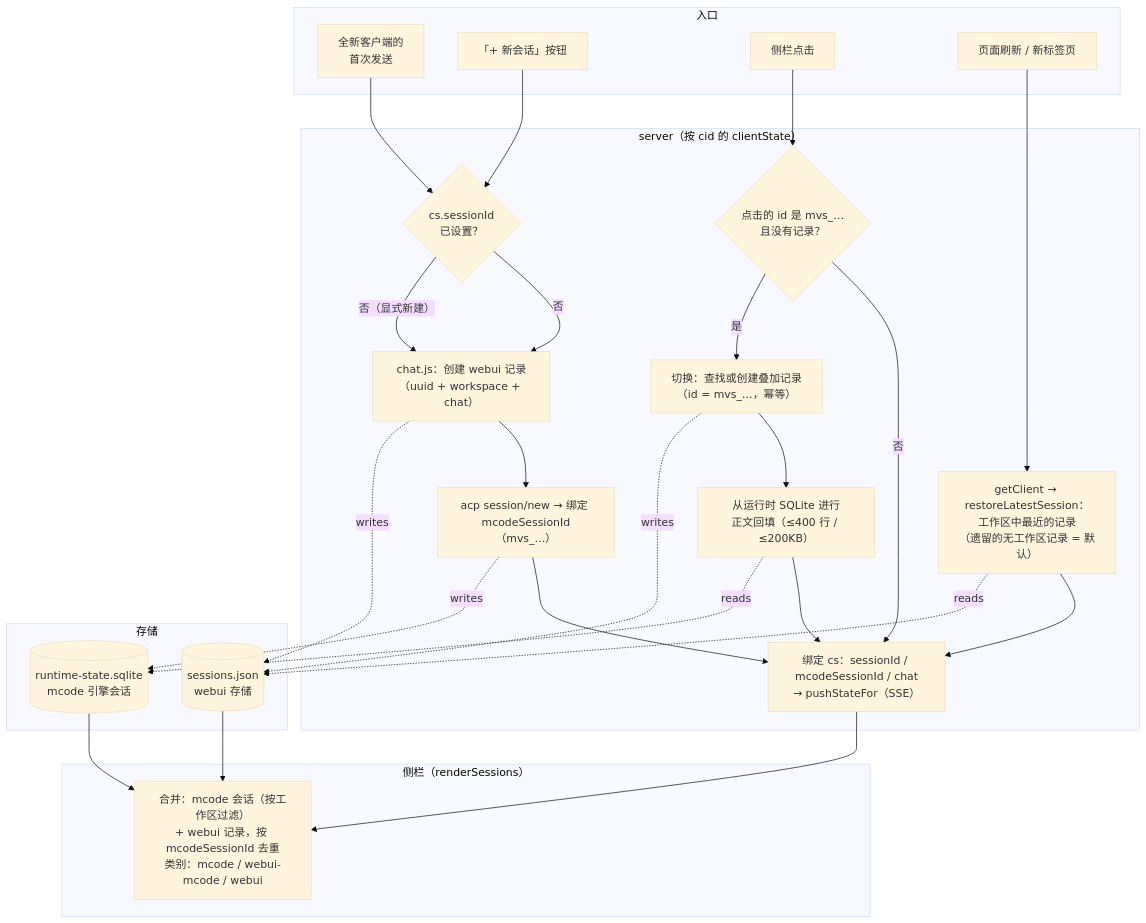
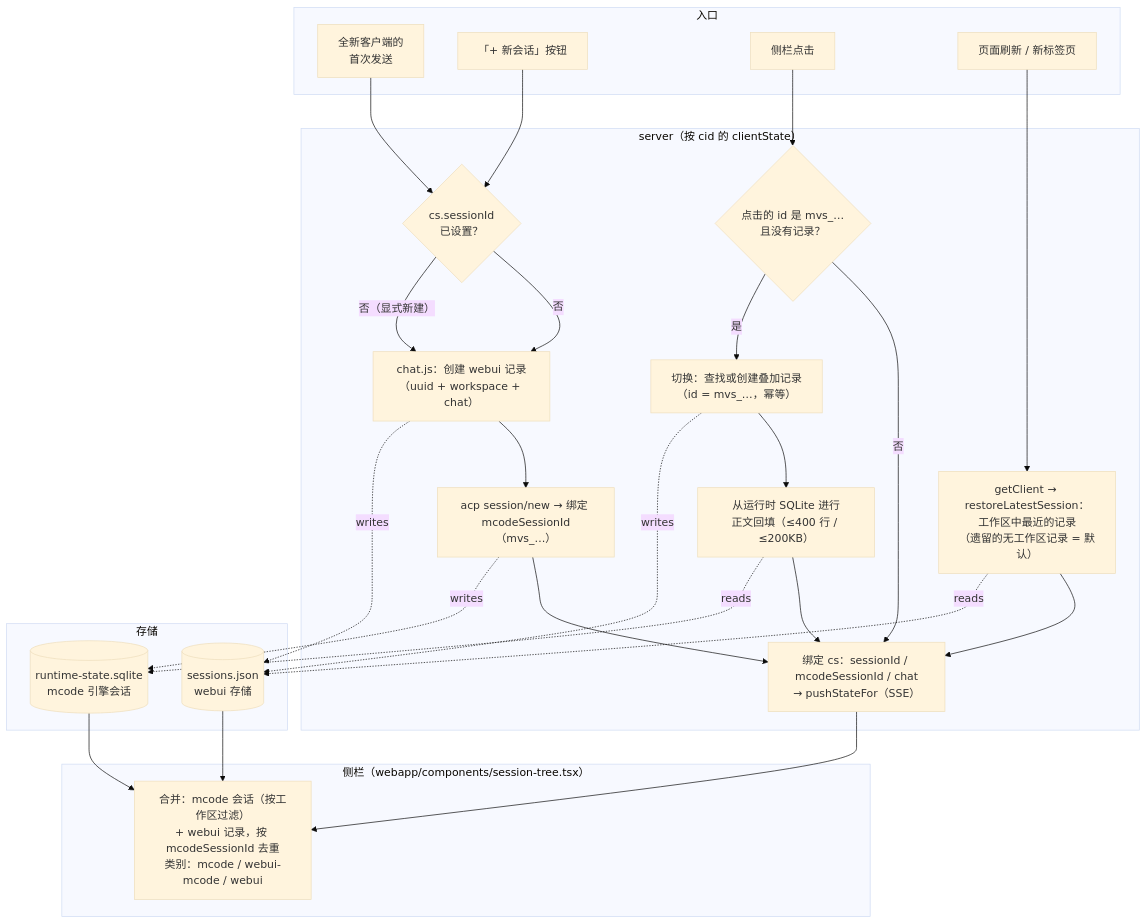
The fourth of 4 diagrams in packages/webui/docs/ARCHITECTURE.zh-CN.md (mcode-webui/minimax-code-web), drawn with Mermaid (base theme) before and after one commit. The commit also changed other lines of this file and 1 other file, not shown here.

First line of the commit message:
docs(webui): correct twelve symbol citations in the architecture pair

````diff
--- a/packages/webui/docs/ARCHITECTURE.zh-CN.md
+++ b/packages/webui/docs/ARCHITECTURE.zh-CN.md
@@ -255,46 +257,46 @@
 ```mermaid
 flowchart TD
     subgraph ENTRY["入口"]
         A1["全新客户端的<br/>首次发送"]
         A2["「+ 新会话」按钮"]
         A3["侧栏点击"]
         A4["页面刷新 / 新标签页"]
     end
 
     subgraph SERVER["server（按 cid 的 clientState）"]
         B{"cs.sessionId<br/>已设置？"}
         C["chat.js：创建 webui 记录<br/>（uuid + workspace + chat）"]
         D["acp session/new → 绑定 mcodeSessionId（mvs_…）"]
         E["getClient → restoreLatestSession：<br/>工作区中最近的记录<br/>（遗留的无工作区记录 = 默认）"]
         F{"点击的 id 是 mvs_…<br/>且没有记录？"}
         G["切换：查找或创建叠加记录<br/>（id = mvs_…，幂等）"]
         H["从运行时 SQLite 进行<br/>正文回填（≤400 行 / ≤200KB）"]
         I["绑定 cs：sessionId / mcodeSessionId / chat<br/>→ pushStateFor（SSE）"]
     end
 
     subgraph STORES["存储"]
         J[("sessions.json<br/>webui 存储")]
         K[("runtime-state.sqlite<br/>mcode 引擎会话")]
     end
 
-    subgraph SIDEBAR["侧栏（renderSessions）"]
+    subgraph SIDEBAR["侧栏（webapp/components/session-tree.tsx）"]
         L["合并：mcode 会话（按工作区过滤）<br/>+ webui 记录，按 mcodeSessionId 去重<br/>类别：mcode / webui-mcode / webui"]
     end
 
     A1 --> B
     B -- "否" --> C --> D --> I
     A2 --> B
     B -- "否（显式新建）" --> C
     A3 --> F
     F -- "否" --> I
     F -- "是" --> G --> H --> I
     A4 --> E --> I
     C -.writes.-> J
     D -.writes.-> K
     E -.reads.-> J
     G -.writes.-> J
     H -.reads.-> K
     J --> L
     K --> L
     I --> L
 ```
````
